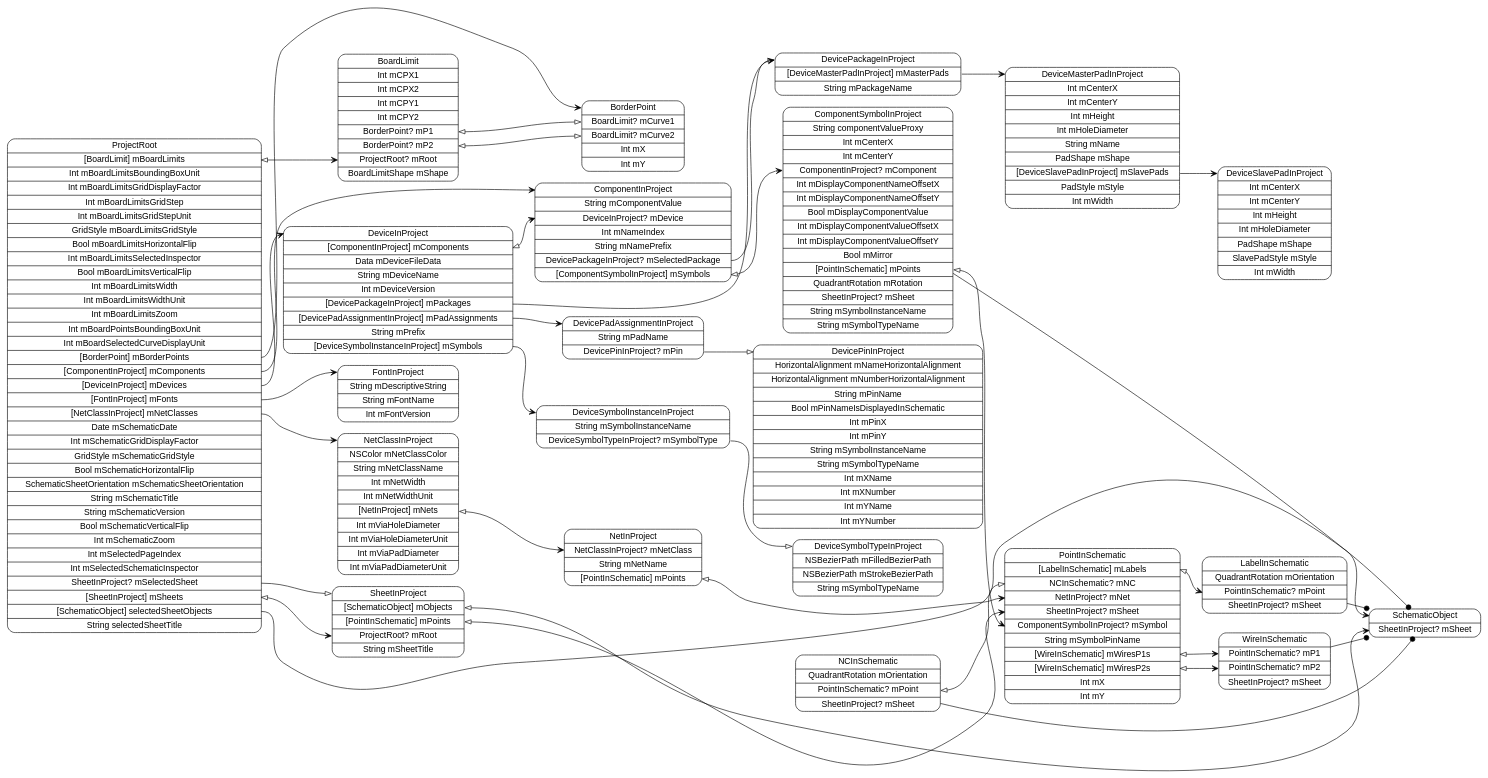
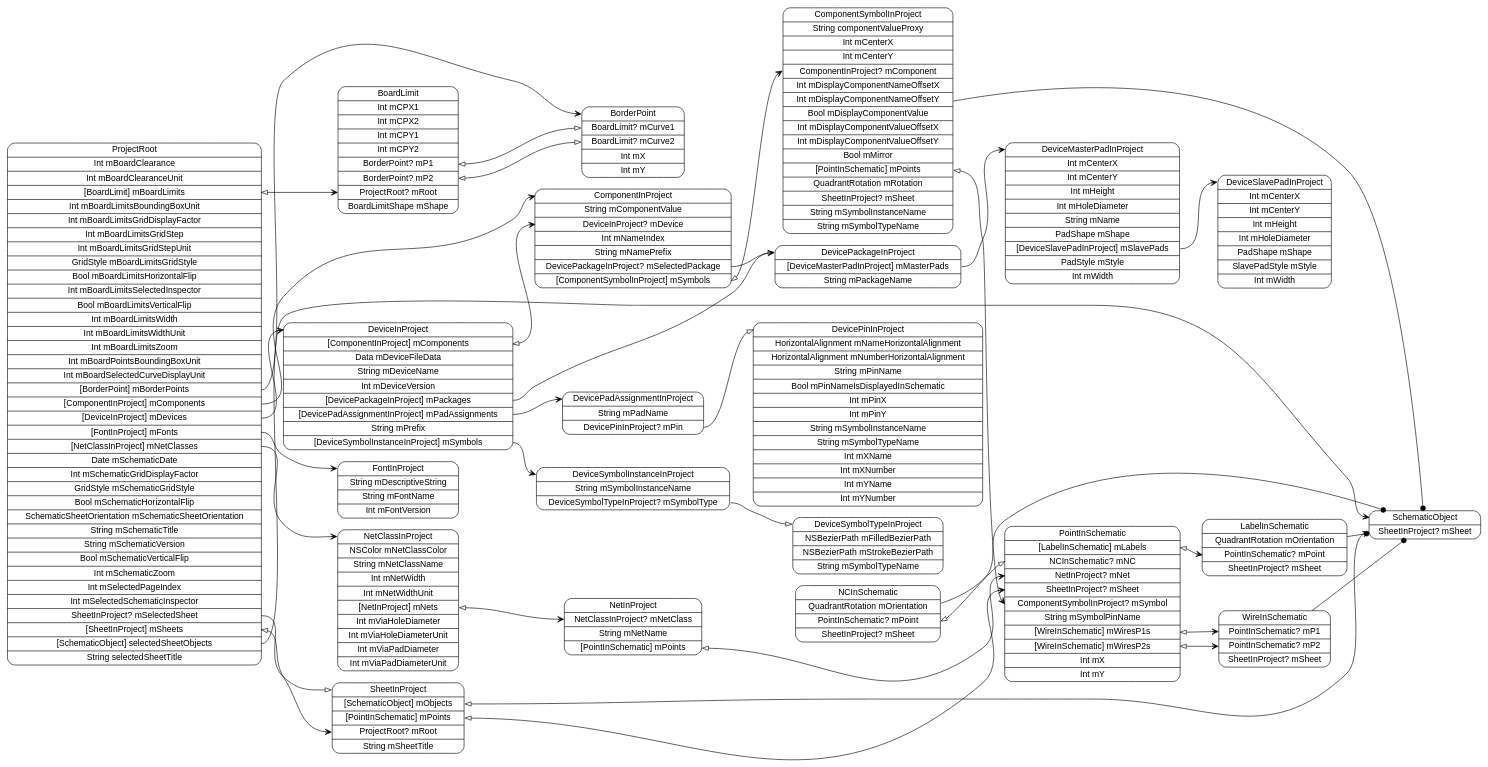
One commit to pierremolinaro/ElCanari-dev changed the diagram in models/ProjectRoot.dot. Above: the diagram before and after it, drawn with Graphviz. The commit also changed 12 other files, not shown here.

Commit message:
Board clearance

```diff
--- a/models/ProjectRoot.dot
+++ b/models/ProjectRoot.dot
@@ -1,60 +1,60 @@
 digraph G {
   rankdir=LR ;
   node [shape=record fontname=helvetica style=rounded] ;
-  ProjectRoot[label="<ProjectRoot>ProjectRoot|<mBoardLimits>[BoardLimit] mBoardLimits|Int mBoardLimitsBoundingBoxUnit|Int mBoardLimitsGridDisplayFactor|Int mBoardLimitsGridStep|Int mBoardLimitsGridStepUnit|GridStyle mBoardLimitsGridStyle|Bool mBoardLimitsHorizontalFlip|Int mBoardLimitsSelectedInspector|Bool mBoardLimitsVerticalFlip|Int mBoardLimitsWidth|Int mBoardLimitsWidthUnit|Int mBoardLimitsZoom|Int mBoardPointsBoundingBoxUnit|Int mBoardSelectedCurveDisplayUnit|<mBorderPoints>[BorderPoint] mBorderPoints|<mComponents>[ComponentInProject] mComponents|<mDevices>[DeviceInProject] mDevices|<mFonts>[FontInProject] mFonts|<mNetClasses>[NetClassInProject] mNetClasses|Date mSchematicDate|Int mSchematicGridDisplayFactor|GridStyle mSchematicGridStyle|Bool mSchematicHorizontalFlip|SchematicSheetOrientation mSchematicSheetOrientation|String mSchematicTitle|String mSchematicVersion|Bool mSchematicVerticalFlip|Int mSchematicZoom|Int mSelectedPageIndex|Int mSelectedSchematicInspector|<mSelectedSheet>SheetInProject? mSelectedSheet|<mSheets>[SheetInProject] mSheets|<selectedSheetObjects>[SchematicObject] selectedSheetObjects|String selectedSheetTitle"] ;
+  ProjectRoot[label="<ProjectRoot>ProjectRoot|Int mBoardClearance|Int mBoardClearanceUnit|<mBoardLimits>[BoardLimit] mBoardLimits|Int mBoardLimitsBoundingBoxUnit|Int mBoardLimitsGridDisplayFactor|Int mBoardLimitsGridStep|Int mBoardLimitsGridStepUnit|GridStyle mBoardLimitsGridStyle|Bool mBoardLimitsHorizontalFlip|Int mBoardLimitsSelectedInspector|Bool mBoardLimitsVerticalFlip|Int mBoardLimitsWidth|Int mBoardLimitsWidthUnit|Int mBoardLimitsZoom|Int mBoardPointsBoundingBoxUnit|Int mBoardSelectedCurveDisplayUnit|<mBorderPoints>[BorderPoint] mBorderPoints|<mComponents>[ComponentInProject] mComponents|<mDevices>[DeviceInProject] mDevices|<mFonts>[FontInProject] mFonts|<mNetClasses>[NetClassInProject] mNetClasses|Date mSchematicDate|Int mSchematicGridDisplayFactor|GridStyle mSchematicGridStyle|Bool mSchematicHorizontalFlip|SchematicSheetOrientation mSchematicSheetOrientation|String mSchematicTitle|String mSchematicVersion|Bool mSchematicVerticalFlip|Int mSchematicZoom|Int mSelectedPageIndex|Int mSelectedSchematicInspector|<mSelectedSheet>SheetInProject? mSelectedSheet|<mSheets>[SheetInProject] mSheets|<selectedSheetObjects>[SchematicObject] selectedSheetObjects|String selectedSheetTitle"] ;
   SchematicObject[label="<SchematicObject>SchematicObject|<mSheet>SheetInProject? mSheet"] ;
   SheetInProject[label="<SheetInProject>SheetInProject|<mObjects>[SchematicObject] mObjects|<mPoints>[PointInSchematic] mPoints|<mRoot>ProjectRoot? mRoot|String mSheetTitle"] ;
   PointInSchematic[label="<PointInSchematic>PointInSchematic|<mLabels>[LabelInSchematic] mLabels|<mNC>NCInSchematic? mNC|<mNet>NetInProject? mNet|<mSheet>SheetInProject? mSheet|<mSymbol>ComponentSymbolInProject? mSymbol|String mSymbolPinName|<mWiresP1s>[WireInSchematic] mWiresP1s|<mWiresP2s>[WireInSchematic] mWiresP2s|Int mX|Int mY"] ;
   WireInSchematic[label="<WireInSchematic>WireInSchematic|<mP1>PointInSchematic? mP1|<mP2>PointInSchematic? mP2|<mSheet>SheetInProject? mSheet"] ;
   NCInSchematic[label="<NCInSchematic>NCInSchematic|QuadrantRotation mOrientation|<mPoint>PointInSchematic? mPoint|<mSheet>SheetInProject? mSheet"] ;
   LabelInSchematic[label="<LabelInSchematic>LabelInSchematic|QuadrantRotation mOrientation|<mPoint>PointInSchematic? mPoint|<mSheet>SheetInProject? mSheet"] ;
   NetClassInProject[label="<NetClassInProject>NetClassInProject|NSColor mNetClassColor|String mNetClassName|Int mNetWidth|Int mNetWidthUnit|<mNets>[NetInProject] mNets|Int mViaHoleDiameter|Int mViaHoleDiameterUnit|Int mViaPadDiameter|Int mViaPadDiameterUnit"] ;
   NetInProject[label="<NetInProject>NetInProject|<mNetClass>NetClassInProject? mNetClass|String mNetName|<mPoints>[PointInSchematic] mPoints"] ;
   FontInProject[label="<FontInProject>FontInProject|String mDescriptiveString|String mFontName|Int mFontVersion"] ;
   DeviceInProject[label="<DeviceInProject>DeviceInProject|<mComponents>[ComponentInProject] mComponents|Data mDeviceFileData|String mDeviceName|Int mDeviceVersion|<mPackages>[DevicePackageInProject] mPackages|<mPadAssignments>[DevicePadAssignmentInProject] mPadAssignments|String mPrefix|<mSymbols>[DeviceSymbolInstanceInProject] mSymbols"] ;
   DeviceSymbolInstanceInProject[label="<DeviceSymbolInstanceInProject>DeviceSymbolInstanceInProject|String mSymbolInstanceName|<mSymbolType>DeviceSymbolTypeInProject? mSymbolType"] ;
   DeviceSymbolTypeInProject[label="<DeviceSymbolTypeInProject>DeviceSymbolTypeInProject|NSBezierPath mFilledBezierPath|NSBezierPath mStrokeBezierPath|String mSymbolTypeName"] ;
   DevicePadAssignmentInProject[label="<DevicePadAssignmentInProject>DevicePadAssignmentInProject|String mPadName|<mPin>DevicePinInProject? mPin"] ;
   DevicePinInProject[label="<DevicePinInProject>DevicePinInProject|HorizontalAlignment mNameHorizontalAlignment|HorizontalAlignment mNumberHorizontalAlignment|String mPinName|Bool mPinNameIsDisplayedInSchematic|Int mPinX|Int mPinY|String mSymbolInstanceName|String mSymbolTypeName|Int mXName|Int mXNumber|Int mYName|Int mYNumber"] ;
   DevicePackageInProject[label="<DevicePackageInProject>DevicePackageInProject|<mMasterPads>[DeviceMasterPadInProject] mMasterPads|String mPackageName"] ;
   DeviceMasterPadInProject[label="<DeviceMasterPadInProject>DeviceMasterPadInProject|Int mCenterX|Int mCenterY|Int mHeight|Int mHoleDiameter|String mName|PadShape mShape|<mSlavePads>[DeviceSlavePadInProject] mSlavePads|PadStyle mStyle|Int mWidth"] ;
   DeviceSlavePadInProject[label="<DeviceSlavePadInProject>DeviceSlavePadInProject|Int mCenterX|Int mCenterY|Int mHeight|Int mHoleDiameter|PadShape mShape|SlavePadStyle mStyle|Int mWidth"] ;
   ComponentInProject[label="<ComponentInProject>ComponentInProject|String mComponentValue|<mDevice>DeviceInProject? mDevice|Int mNameIndex|String mNamePrefix|<mSelectedPackage>DevicePackageInProject? mSelectedPackage|<mSymbols>[ComponentSymbolInProject] mSymbols"] ;
   ComponentSymbolInProject[label="<ComponentSymbolInProject>ComponentSymbolInProject|String componentValueProxy|Int mCenterX|Int mCenterY|<mComponent>ComponentInProject? mComponent|Int mDisplayComponentNameOffsetX|Int mDisplayComponentNameOffsetY|Bool mDisplayComponentValue|Int mDisplayComponentValueOffsetX|Int mDisplayComponentValueOffsetY|Bool mMirror|<mPoints>[PointInSchematic] mPoints|QuadrantRotation mRotation|<mSheet>SheetInProject? mSheet|String mSymbolInstanceName|String mSymbolTypeName"] ;
   BorderPoint[label="<BorderPoint>BorderPoint|<mCurve1>BoardLimit? mCurve1|<mCurve2>BoardLimit? mCurve2|Int mX|Int mY"] ;
   BoardLimit[label="<BoardLimit>BoardLimit|Int mCPX1|Int mCPX2|Int mCPY1|Int mCPY2|<mP1>BorderPoint? mP1|<mP2>BorderPoint? mP2|<mRoot>ProjectRoot? mRoot|BoardLimitShape mShape"] ;
   ProjectRoot:mBoardLimits -> BoardLimit:mRoot [dir=both arrowtail=onormal arrowhead=vee] ;
   ProjectRoot:mBorderPoints -> BorderPoint:BorderPoint [dir=both arrowtail=none arrowhead=vee] ;
   ProjectRoot:mComponents -> ComponentInProject:ComponentInProject [dir=both arrowtail=none arrowhead=vee] ;
   ProjectRoot:mDevices -> DeviceInProject:DeviceInProject [dir=both arrowtail=none arrowhead=vee] ;
   ProjectRoot:mFonts -> FontInProject:FontInProject [dir=both arrowtail=none arrowhead=vee] ;
   ProjectRoot:mNetClasses -> NetClassInProject:NetClassInProject [dir=both arrowtail=none arrowhead=vee] ;
   ProjectRoot:mSelectedSheet -> SheetInProject:SheetInProject [dir=both arrowtail=none arrowhead=onormal] ;
   ProjectRoot:mSheets -> SheetInProject:mRoot [dir=both arrowtail=onormal arrowhead=vee] ;
   ProjectRoot:selectedSheetObjects -> SchematicObject:SchematicObject [dir=both arrowtail=none arrowhead=vee] ;
   SheetInProject:mObjects -> SchematicObject:mSheet [dir=both arrowtail=onormal arrowhead=vee] ;
   SheetInProject:mPoints -> PointInSchematic:mSheet [dir=both arrowtail=onormal arrowhead=vee] ;
   PointInSchematic:mLabels -> LabelInSchematic:mPoint [dir=both arrowtail=onormal arrowhead=vee] ;
   PointInSchematic:mWiresP1s -> WireInSchematic:mP1 [dir=both arrowtail=onormal arrowhead=vee] ;
   PointInSchematic:mWiresP2s -> WireInSchematic:mP2 [dir=both arrowtail=onormal arrowhead=vee] ;
   WireInSchematic -> SchematicObject [arrowhead=dot] ;
   NCInSchematic -> SchematicObject [arrowhead=dot] ;
   NCInSchematic:mPoint -> PointInSchematic:mNC [dir=both arrowtail=onormal arrowhead=onormal] ;
   LabelInSchematic -> SchematicObject [arrowhead=dot] ;
   NetClassInProject:mNets -> NetInProject:mNetClass [dir=both arrowtail=onormal arrowhead=vee] ;
   NetInProject:mPoints -> PointInSchematic:mNet [dir=both arrowtail=onormal arrowhead=vee] ;
   DeviceInProject:mComponents -> ComponentInProject:mDevice [dir=both arrowtail=onormal arrowhead=vee] ;
   DeviceInProject:mPackages -> DevicePackageInProject:DevicePackageInProject [dir=both arrowtail=none arrowhead=vee] ;
   DeviceInProject:mPadAssignments -> DevicePadAssignmentInProject:DevicePadAssignmentInProject [dir=both arrowtail=none arrowhead=vee] ;
   DeviceInProject:mSymbols -> DeviceSymbolInstanceInProject:DeviceSymbolInstanceInProject [dir=both arrowtail=none arrowhead=vee] ;
   DeviceSymbolInstanceInProject:mSymbolType -> DeviceSymbolTypeInProject:DeviceSymbolTypeInProject [dir=both arrowtail=none arrowhead=onormal] ;
   DevicePadAssignmentInProject:mPin -> DevicePinInProject:DevicePinInProject [dir=both arrowtail=none arrowhead=onormal] ;
   DevicePackageInProject:mMasterPads -> DeviceMasterPadInProject:DeviceMasterPadInProject [dir=both arrowtail=none arrowhead=vee] ;
   DeviceMasterPadInProject:mSlavePads -> DeviceSlavePadInProject:DeviceSlavePadInProject [dir=both arrowtail=none arrowhead=vee] ;
   ComponentInProject:mSelectedPackage -> DevicePackageInProject:DevicePackageInProject [dir=both arrowtail=none arrowhead=onormal] ;
   ComponentInProject:mSymbols -> ComponentSymbolInProject:mComponent [dir=both arrowtail=onormal arrowhead=vee] ;
   ComponentSymbolInProject -> SchematicObject [arrowhead=dot] ;
   ComponentSymbolInProject:mPoints -> PointInSchematic:mSymbol [dir=both arrowtail=onormal arrowhead=vee] ;
   BoardLimit:mP1 -> BorderPoint:mCurve1 [dir=both arrowtail=onormal arrowhead=onormal] ;
   BoardLimit:mP2 -> BorderPoint:mCurve2 [dir=both arrowtail=onormal arrowhead=onormal] ;
 }
```
